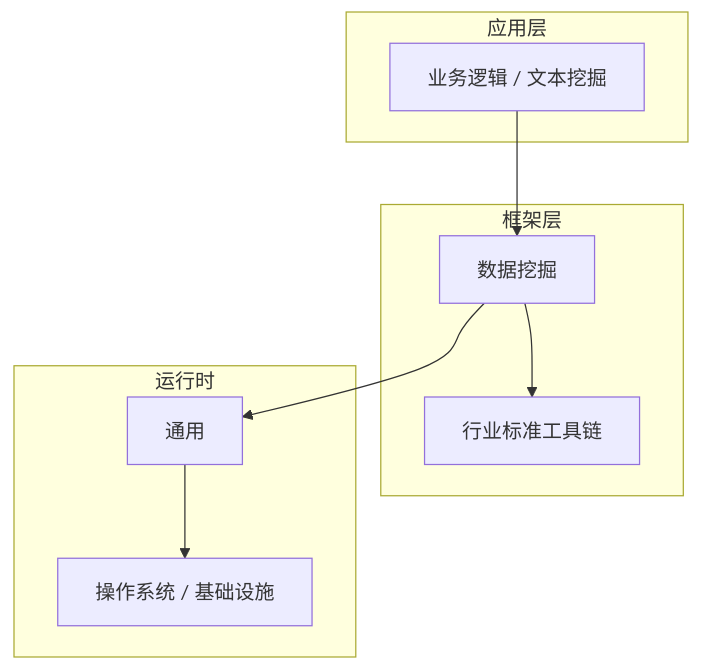
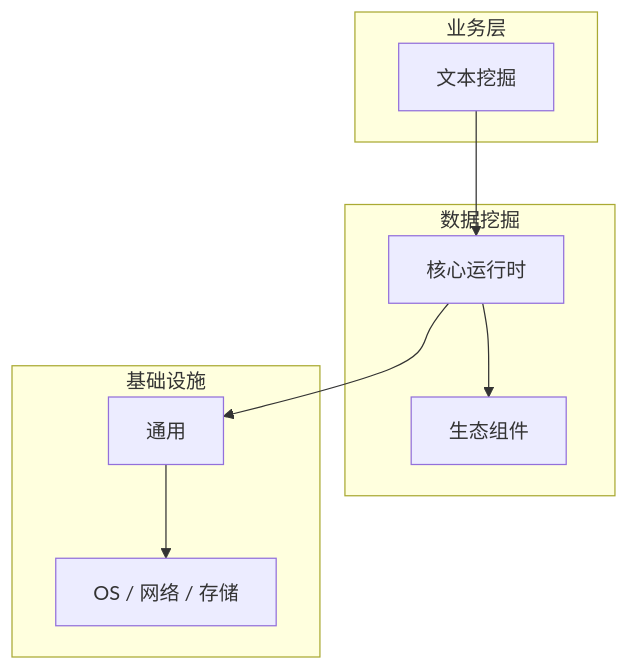
Before and after one commit to yanggan2015/knowledge-json-v2: the diagram in articles/数据挖掘/chapters/061-文本挖掘核心概念与原理.md, drawn with Mermaid. The commit also changed other lines of this file and 10127 other files, not shown here.

````diff
--- a/articles/数据挖掘/chapters/061-文本挖掘核心概念与原理.md
+++ b/articles/数据挖掘/chapters/061-文本挖掘核心概念与原理.md
@@ -45,18 +30,18 @@
 ```mermaid
 graph TB
-    subgraph 应用层
-        A[业务逻辑 / 文本挖掘]
+    subgraph 业务层
+        A[文本挖掘]
     end
-    subgraph 框架层
-        B[数据挖掘]
-        C[行业标准工具链]
+    subgraph 数据挖掘
+        B[核心运行时]
+        C[生态组件]
     end
-    subgraph 运行时
+    subgraph 基础设施
         D[通用]
-        E[操作系统 / 基础设施]
+        E[OS / 网络 / 存储]
     end
     A --> B
     B --> C
     B --> D
     D --> E
 ```
````
